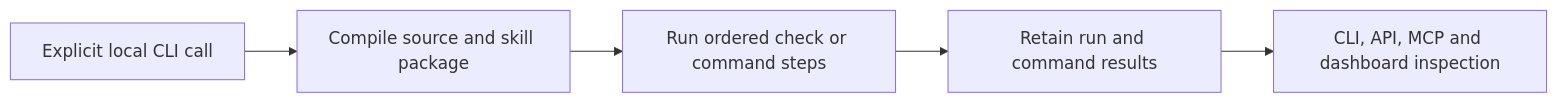
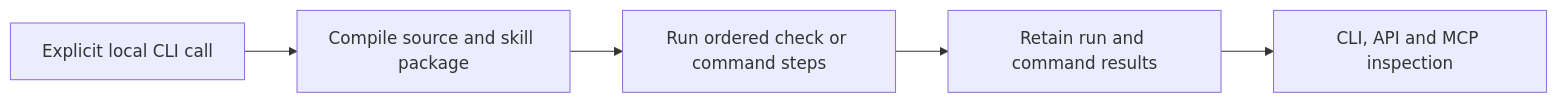
The diagram in docs/advanced/skill-workflows.md (agentscm/agentscm), drawn with Mermaid before and after one commit. The commit also changed other lines of this file and 388 other files, not shown here.

````diff
--- a/docs/advanced/skill-workflows.md
+++ b/docs/advanced/skill-workflows.md
@@ -42,7 +42,7 @@
 ```mermaid
 flowchart LR
   A[Explicit local CLI call] --> B[Compile source and skill package]
   B --> C[Run ordered check or command steps]
   C --> D[Retain run and command results]
-  D --> E[CLI, API, MCP and dashboard inspection]
+  D --> E[CLI, API and MCP inspection]
 ```
````
